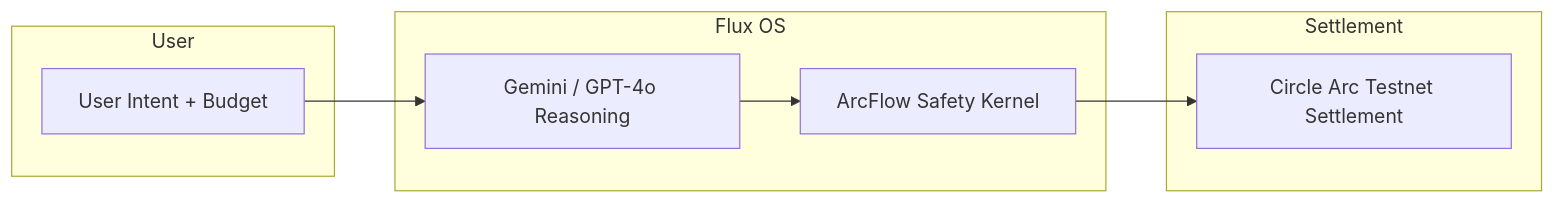
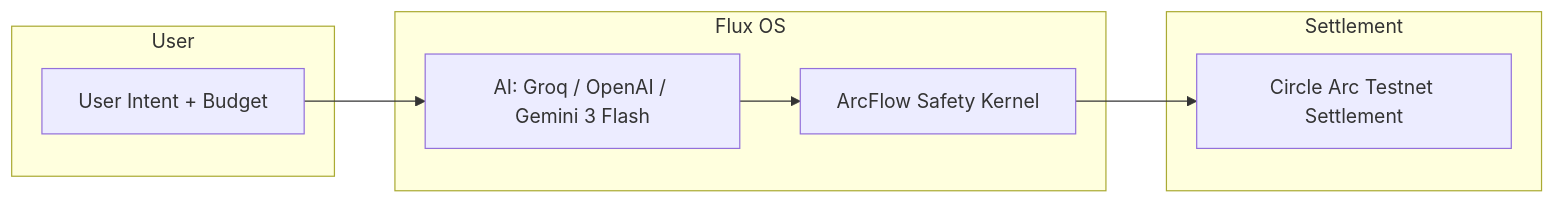
One commit to nameershah/flux-os changed the diagram in README.md. Above: the diagram before and after it, drawn with Mermaid. The commit also changed other lines of this file and 9 other files, not shown here.

````diff
--- a/README.md
+++ b/README.md
@@ -11,16 +28,16 @@
 ```mermaid
 flowchart LR
     subgraph User
         A[User Intent + Budget]
     end
     subgraph Flux_OS["Flux OS"]
-        B[Gemini / GPT-4o Reasoning]
+        B[AI: Groq / OpenAI / Gemini 3 Flash]
         C[ArcFlow Safety Kernel]
     end
     subgraph Settlement
         D[Circle Arc Testnet Settlement]
     end
     A --> B
     B --> C
     C --> D
 ```
````
